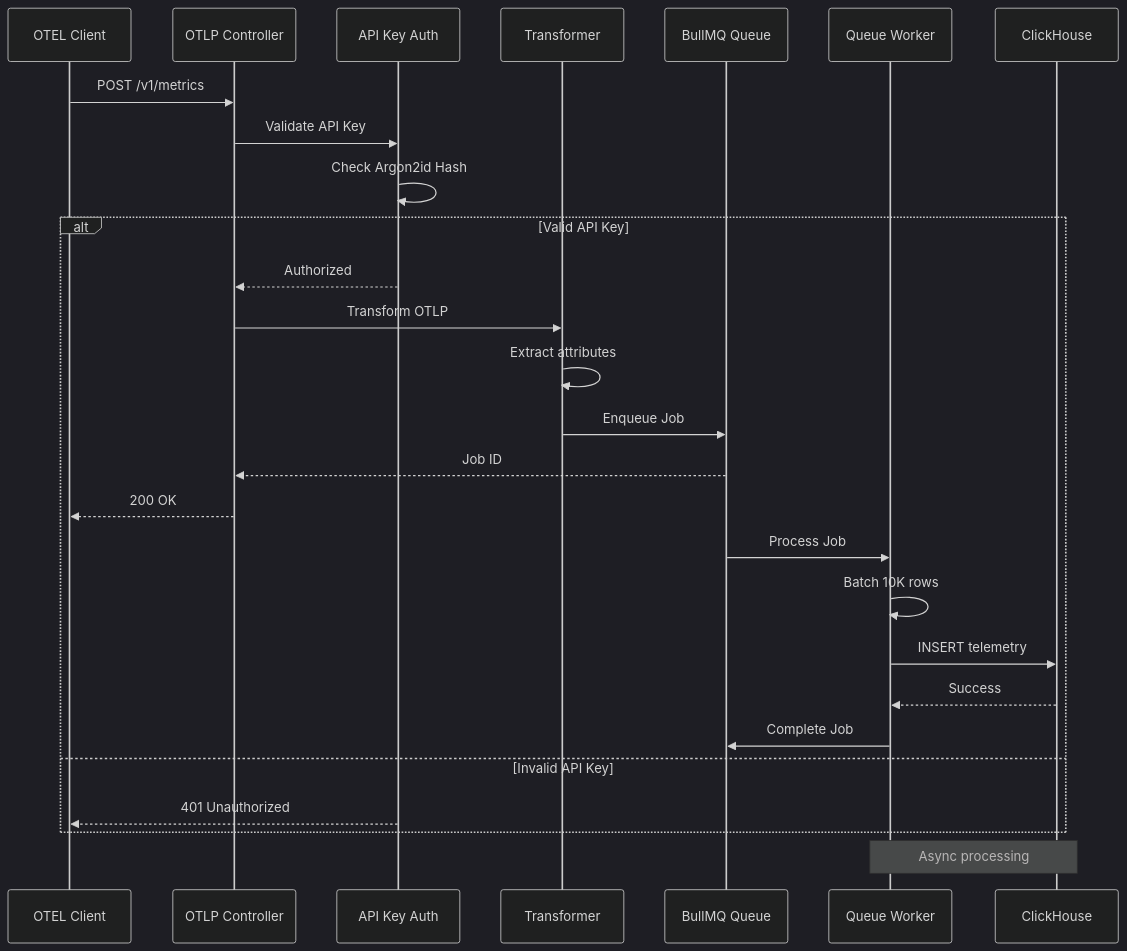
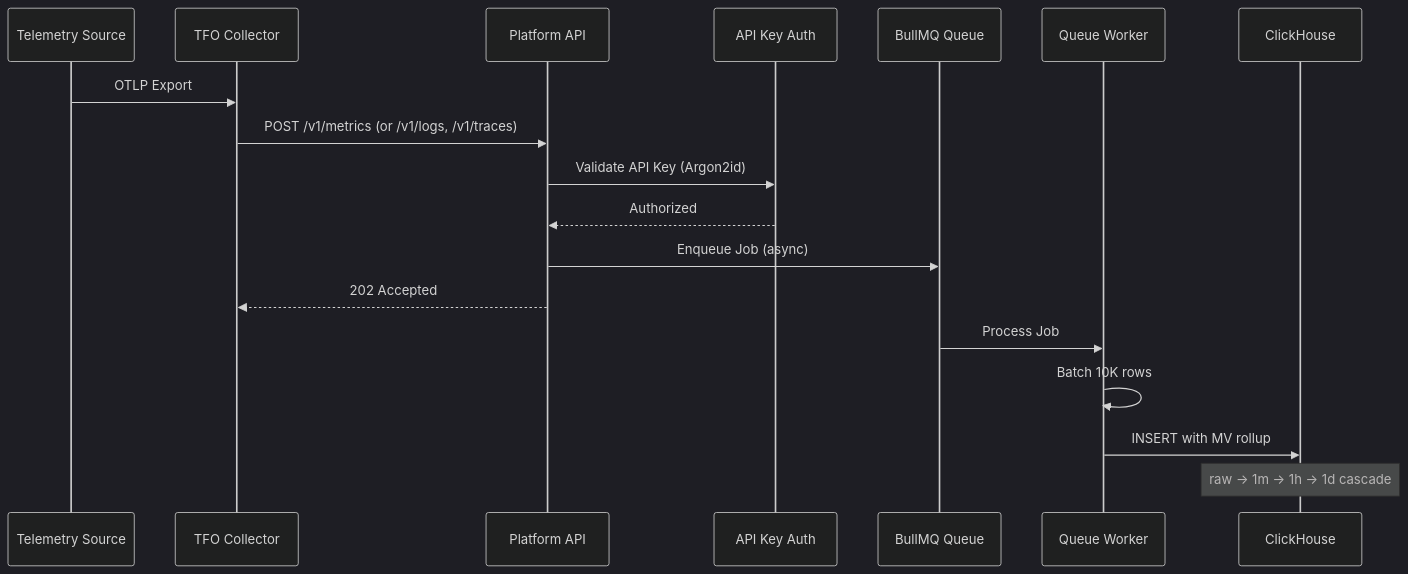
One commit to telemetryflow/telemetryflow-overview changed the first of 12 diagrams in README.md. Above: the diagram before and after it, drawn with Mermaid (dark theme). The commit also changed other lines of this file and 68 other files, not shown here.

Commit message:
feat: TFO Overview Update, TFO Platform v1.4.0

````diff
--- a/README.md
+++ b/README.md
@@ -254,33 +241,21 @@
 ```mermaid
 sequenceDiagram
-    participant CLIENT as OTEL Client
-    participant OTLP as OTLP Controller
+    participant SRC as Telemetry Source
+    participant COL as TFO Collector
+    participant API as Platform API
     participant AUTH as API Key Auth
-    participant TRANS as Transformer
-    participant QUEUE as BullMQ Queue
-    participant WORKER as Queue Worker
+    participant Q as BullMQ Queue
+    participant W as Queue Worker
     participant CH as ClickHouse
 
-    CLIENT->>OTLP: POST /v1/metrics
-    OTLP->>AUTH: Validate API Key
-    AUTH->>AUTH: Check Argon2id Hash
-
-    alt Valid API Key
-        AUTH-->>OTLP: Authorized
-        OTLP->>TRANS: Transform OTLP
-        TRANS->>TRANS: Extract attributes
-        TRANS->>QUEUE: Enqueue Job
-        QUEUE-->>OTLP: Job ID
-        OTLP-->>CLIENT: 200 OK
-
-        QUEUE->>WORKER: Process Job
-        WORKER->>WORKER: Batch 10K rows
-        WORKER->>CH: INSERT telemetry
-        CH-->>WORKER: Success
-        WORKER->>QUEUE: Complete Job
-    else Invalid API Key
-        AUTH-->>CLIENT: 401 Unauthorized
-    end
-
-    Note over WORKER,CH: Async processing
+    SRC->>COL: OTLP Export
+    COL->>API: POST /v1/metrics (or /v1/logs, /v1/traces)
+    API->>AUTH: Validate API Key (Argon2id)
+    AUTH-->>API: Authorized
+    API->>Q: Enqueue Job (async)
+    API-->>COL: 202 Accepted
+    Q->>W: Process Job
+    W->>W: Batch 10K rows
+    W->>CH: INSERT with MV rollup
+    Note over CH: raw → 1m → 1h → 1d cascade
 ```
````
